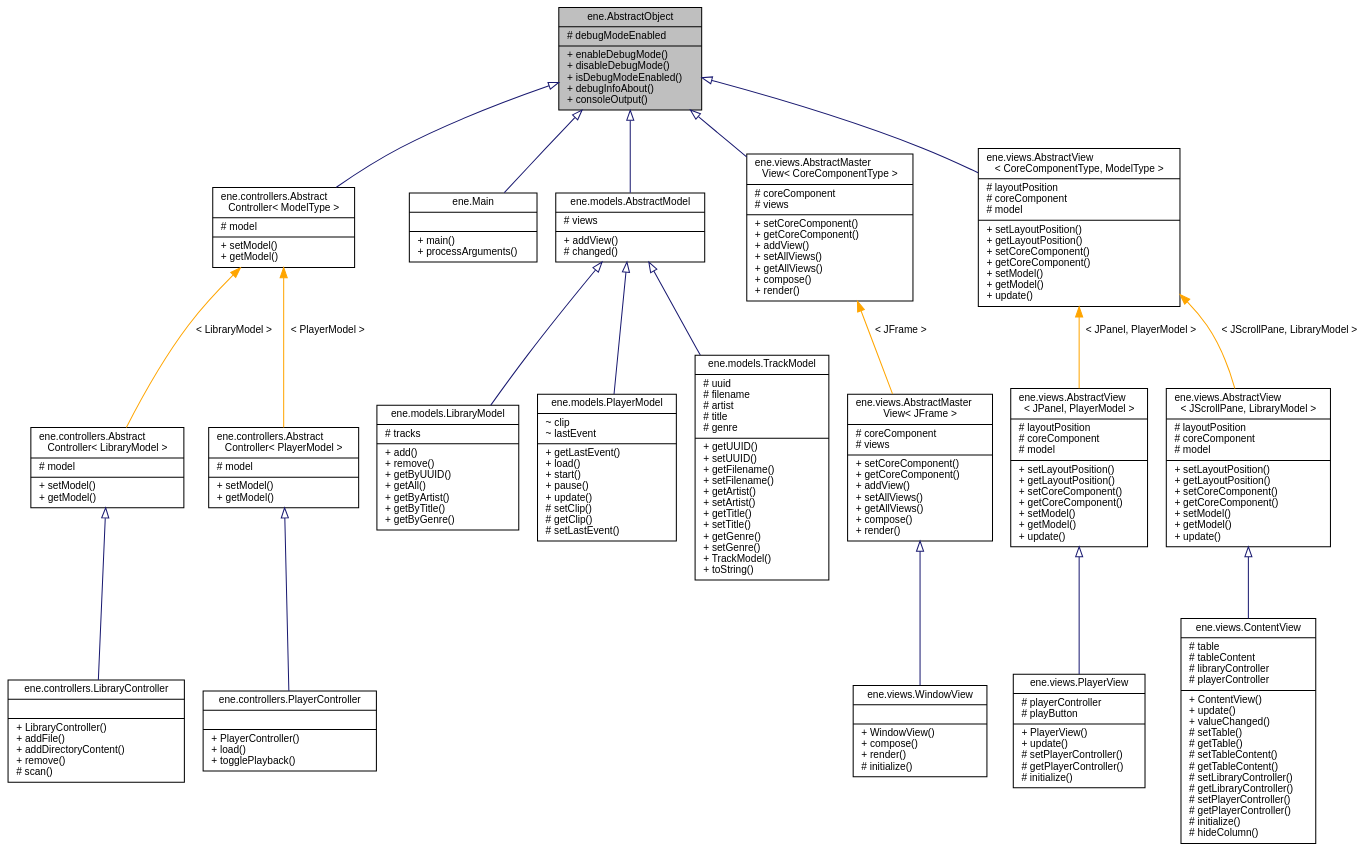
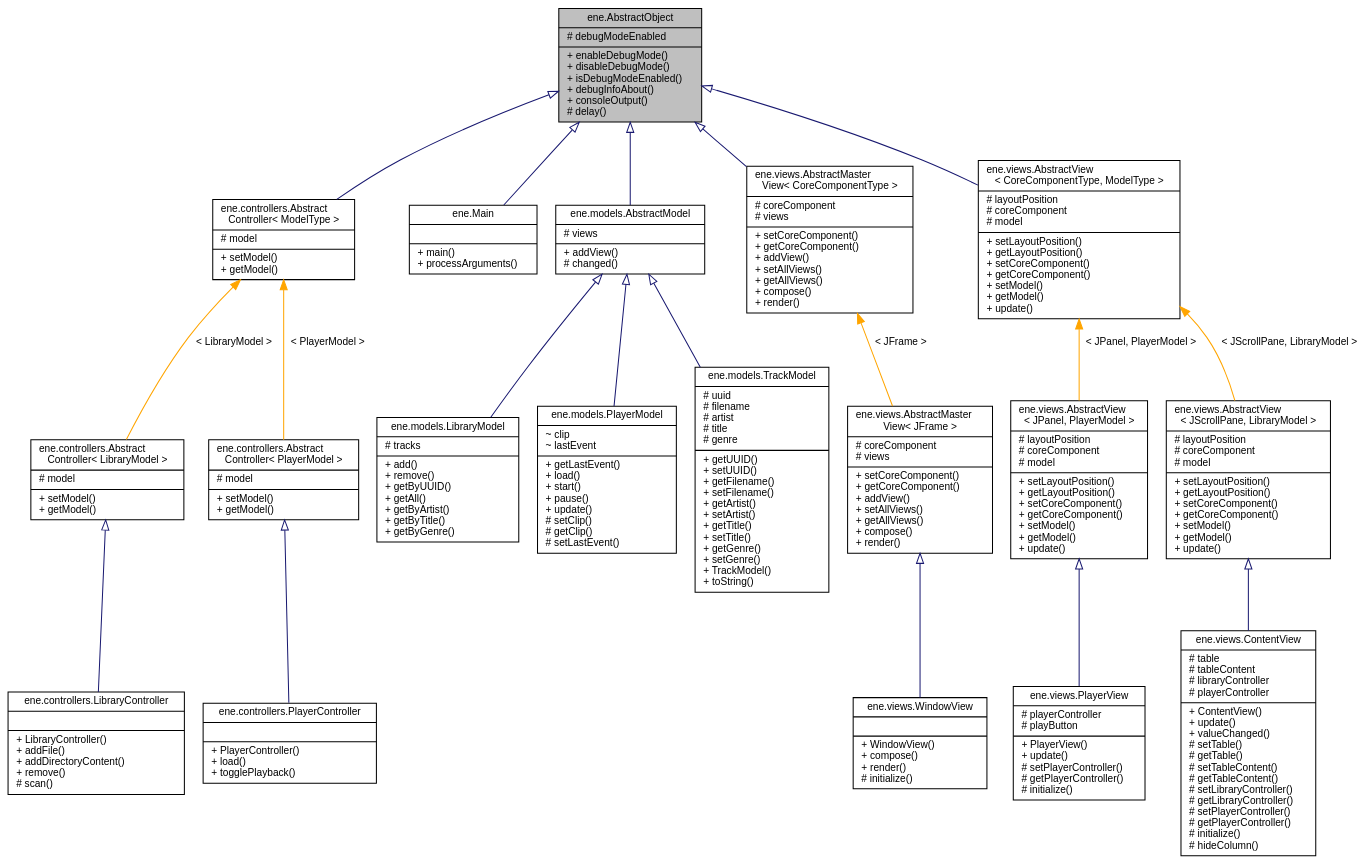
One commit to vivi90/ene changed the diagram in docs/classene_1_1AbstractObject__inherit__graph.dot. Above: the diagram before and after it, drawn with Graphviz. The commit also changed 66 other files, not shown here.

```diff
--- a/docs/classene_1_1AbstractObject__inherit__graph.dot
+++ b/docs/classene_1_1AbstractObject__inherit__graph.dot
@@ -1,43 +1,43 @@
 digraph "ene.AbstractObject"
 {
   bgcolor="transparent";
   edge [fontname="Helvetica",fontsize="10",labelfontname="Helvetica",labelfontsize="10"];
   node [fontname="Helvetica",fontsize="10",shape=record];
-  Node0 [label="{ene.AbstractObject\n|# debugModeEnabled\l|+ enableDebugMode()\l+ disableDebugMode()\l+ isDebugModeEnabled()\l+ debugInfoAbout()\l+ consoleOutput()\l}",height=0.2,width=0.4,color="black", fillcolor="grey75", style="filled", fontcolor="black"];
+  Node0 [label="{ene.AbstractObject\n|# debugModeEnabled\l|+ enableDebugMode()\l+ disableDebugMode()\l+ isDebugModeEnabled()\l+ debugInfoAbout()\l+ consoleOutput()\l# delay()\l}",height=0.2,width=0.4,color="black", fillcolor="grey75", style="filled", fontcolor="black"];
   Node0 -> Node1 [dir="back",color="midnightblue",fontsize="10",style="solid",arrowtail="onormal",fontname="Helvetica"];
   Node1 [label="{ene.controllers.Abstract\lController\< ModelType \>\n|# model\l|+ setModel()\l+ getModel()\l}",height=0.2,width=0.4,color="black",URL="$classene_1_1controllers_1_1AbstractController.html"];
   Node1 -> Node2 [dir="back",color="orange",fontsize="10",style="solid",label=" \< LibraryModel \>" ,fontname="Helvetica"];
   Node2 [label="{ene.controllers.Abstract\lController\< LibraryModel \>\n|# model\l|+ setModel()\l+ getModel()\l}",height=0.2,width=0.4,color="black",URL="$classene_1_1controllers_1_1AbstractController.html"];
   Node2 -> Node3 [dir="back",color="midnightblue",fontsize="10",style="solid",arrowtail="onormal",fontname="Helvetica"];
   Node3 [label="{ene.controllers.LibraryController\n||+ LibraryController()\l+ addFile()\l+ addDirectoryContent()\l+ remove()\l# scan()\l}",height=0.2,width=0.4,color="black",URL="$classene_1_1controllers_1_1LibraryController.html"];
   Node1 -> Node4 [dir="back",color="orange",fontsize="10",style="solid",label=" \< PlayerModel \>" ,fontname="Helvetica"];
   Node4 [label="{ene.controllers.Abstract\lController\< PlayerModel \>\n|# model\l|+ setModel()\l+ getModel()\l}",height=0.2,width=0.4,color="black",URL="$classene_1_1controllers_1_1AbstractController.html"];
   Node4 -> Node5 [dir="back",color="midnightblue",fontsize="10",style="solid",arrowtail="onormal",fontname="Helvetica"];
   Node5 [label="{ene.controllers.PlayerController\n||+ PlayerController()\l+ load()\l+ togglePlayback()\l}",height=0.2,width=0.4,color="black",URL="$classene_1_1controllers_1_1PlayerController.html"];
   Node0 -> Node6 [dir="back",color="midnightblue",fontsize="10",style="solid",arrowtail="onormal",fontname="Helvetica"];
   Node6 [label="{ene.Main\n||+ main()\l+ processArguments()\l}",height=0.2,width=0.4,color="black",URL="$classene_1_1Main.html"];
   Node0 -> Node7 [dir="back",color="midnightblue",fontsize="10",style="solid",arrowtail="onormal",fontname="Helvetica"];
   Node7 [label="{ene.models.AbstractModel\n|# views\l|+ addView()\l# changed()\l}",height=0.2,width=0.4,color="black",URL="$classene_1_1models_1_1AbstractModel.html"];
   Node7 -> Node8 [dir="back",color="midnightblue",fontsize="10",style="solid",arrowtail="onormal",fontname="Helvetica"];
   Node8 [label="{ene.models.LibraryModel\n|# tracks\l|+ add()\l+ remove()\l+ getByUUID()\l+ getAll()\l+ getByArtist()\l+ getByTitle()\l+ getByGenre()\l}",height=0.2,width=0.4,color="black",URL="$classene_1_1models_1_1LibraryModel.html"];
   Node7 -> Node9 [dir="back",color="midnightblue",fontsize="10",style="solid",arrowtail="onormal",fontname="Helvetica"];
   Node9 [label="{ene.models.PlayerModel\n|~ clip\l~ lastEvent\l|+ getLastEvent()\l+ load()\l+ start()\l+ pause()\l+ update()\l# setClip()\l# getClip()\l# setLastEvent()\l}",height=0.2,width=0.4,color="black",URL="$classene_1_1models_1_1PlayerModel.html"];
   Node7 -> Node10 [dir="back",color="midnightblue",fontsize="10",style="solid",arrowtail="onormal",fontname="Helvetica"];
   Node10 [label="{ene.models.TrackModel\n|# uuid\l# filename\l# artist\l# title\l# genre\l|+ getUUID()\l+ setUUID()\l+ getFilename()\l+ setFilename()\l+ getArtist()\l+ setArtist()\l+ getTitle()\l+ setTitle()\l+ getGenre()\l+ setGenre()\l+ TrackModel()\l+ toString()\l}",height=0.2,width=0.4,color="black",URL="$classene_1_1models_1_1TrackModel.html"];
   Node0 -> Node11 [dir="back",color="midnightblue",fontsize="10",style="solid",arrowtail="onormal",fontname="Helvetica"];
   Node11 [label="{ene.views.AbstractMaster\lView\< CoreComponentType \>\n|# coreComponent\l# views\l|+ setCoreComponent()\l+ getCoreComponent()\l+ addView()\l+ setAllViews()\l+ getAllViews()\l+ compose()\l+ render()\l}",height=0.2,width=0.4,color="black",URL="$classene_1_1views_1_1AbstractMasterView.html"];
   Node11 -> Node12 [dir="back",color="orange",fontsize="10",style="solid",label=" \< JFrame \>" ,fontname="Helvetica"];
   Node12 [label="{ene.views.AbstractMaster\lView\< JFrame \>\n|# coreComponent\l# views\l|+ setCoreComponent()\l+ getCoreComponent()\l+ addView()\l+ setAllViews()\l+ getAllViews()\l+ compose()\l+ render()\l}",height=0.2,width=0.4,color="black",URL="$classene_1_1views_1_1AbstractMasterView.html"];
   Node12 -> Node13 [dir="back",color="midnightblue",fontsize="10",style="solid",arrowtail="onormal",fontname="Helvetica"];
   Node13 [label="{ene.views.WindowView\n||+ WindowView()\l+ compose()\l+ render()\l# initialize()\l}",height=0.2,width=0.4,color="black",URL="$classene_1_1views_1_1WindowView.html"];
   Node0 -> Node14 [dir="back",color="midnightblue",fontsize="10",style="solid",arrowtail="onormal",fontname="Helvetica"];
   Node14 [label="{ene.views.AbstractView\l\< CoreComponentType, ModelType \>\n|# layoutPosition\l# coreComponent\l# model\l|+ setLayoutPosition()\l+ getLayoutPosition()\l+ setCoreComponent()\l+ getCoreComponent()\l+ setModel()\l+ getModel()\l+ update()\l}",height=0.2,width=0.4,color="black",URL="$classene_1_1views_1_1AbstractView.html"];
   Node14 -> Node15 [dir="back",color="orange",fontsize="10",style="solid",label=" \< JPanel, PlayerModel \>" ,fontname="Helvetica"];
   Node15 [label="{ene.views.AbstractView\l\< JPanel, PlayerModel \>\n|# layoutPosition\l# coreComponent\l# model\l|+ setLayoutPosition()\l+ getLayoutPosition()\l+ setCoreComponent()\l+ getCoreComponent()\l+ setModel()\l+ getModel()\l+ update()\l}",height=0.2,width=0.4,color="black",URL="$classene_1_1views_1_1AbstractView.html"];
   Node15 -> Node16 [dir="back",color="midnightblue",fontsize="10",style="solid",arrowtail="onormal",fontname="Helvetica"];
   Node16 [label="{ene.views.PlayerView\n|# playerController\l# playButton\l|+ PlayerView()\l+ update()\l# setPlayerController()\l# getPlayerController()\l# initialize()\l}",height=0.2,width=0.4,color="black",URL="$classene_1_1views_1_1PlayerView.html"];
   Node14 -> Node17 [dir="back",color="orange",fontsize="10",style="solid",label=" \< JScrollPane, LibraryModel \>" ,fontname="Helvetica"];
   Node17 [label="{ene.views.AbstractView\l\< JScrollPane, LibraryModel \>\n|# layoutPosition\l# coreComponent\l# model\l|+ setLayoutPosition()\l+ getLayoutPosition()\l+ setCoreComponent()\l+ getCoreComponent()\l+ setModel()\l+ getModel()\l+ update()\l}",height=0.2,width=0.4,color="black",URL="$classene_1_1views_1_1AbstractView.html"];
   Node17 -> Node18 [dir="back",color="midnightblue",fontsize="10",style="solid",arrowtail="onormal",fontname="Helvetica"];
   Node18 [label="{ene.views.ContentView\n|# table\l# tableContent\l# libraryController\l# playerController\l|+ ContentView()\l+ update()\l+ valueChanged()\l# setTable()\l# getTable()\l# setTableContent()\l# getTableContent()\l# setLibraryController()\l# getLibraryController()\l# setPlayerController()\l# getPlayerController()\l# initialize()\l# hideColumn()\l}",height=0.2,width=0.4,color="black",URL="$classene_1_1views_1_1ContentView.html"];
 }
```
